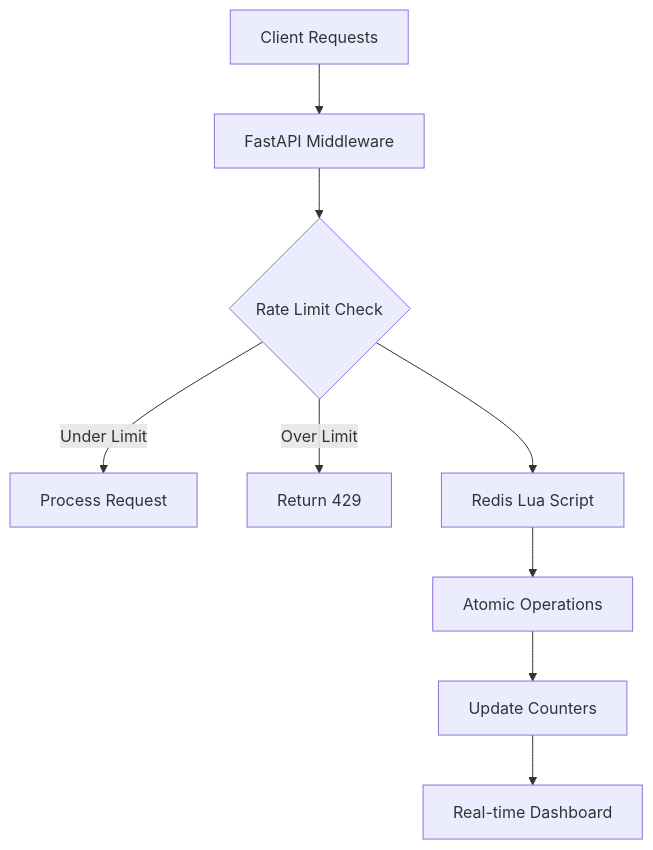
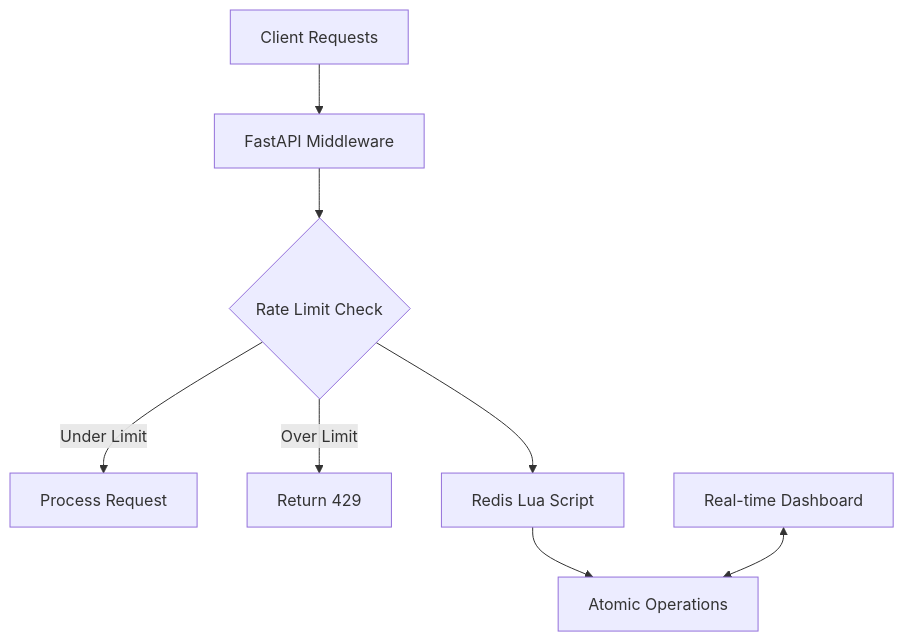
Before and after one commit to baznamit/distributed-rate-limiter: the diagram in README.md, drawn with Mermaid. The commit also changed other lines of this file, not shown here.

````diff
--- a/README.md
+++ b/README.md
@@ -219,11 +25,10 @@
 ```mermaid
 graph TB
     A[Client Requests] --> B[FastAPI Middleware]
     B --> C{Rate Limit Check}
     C -->|Under Limit| D[Process Request]
     C -->|Over Limit| E[Return 429]
     C --> F[Redis Lua Script]
     F --> G[Atomic Operations]
-    G --> H[Update Counters]
-    H --> I[Real-time Dashboard]
+    H[Real-time Dashboard] <--> G
 ```
````
